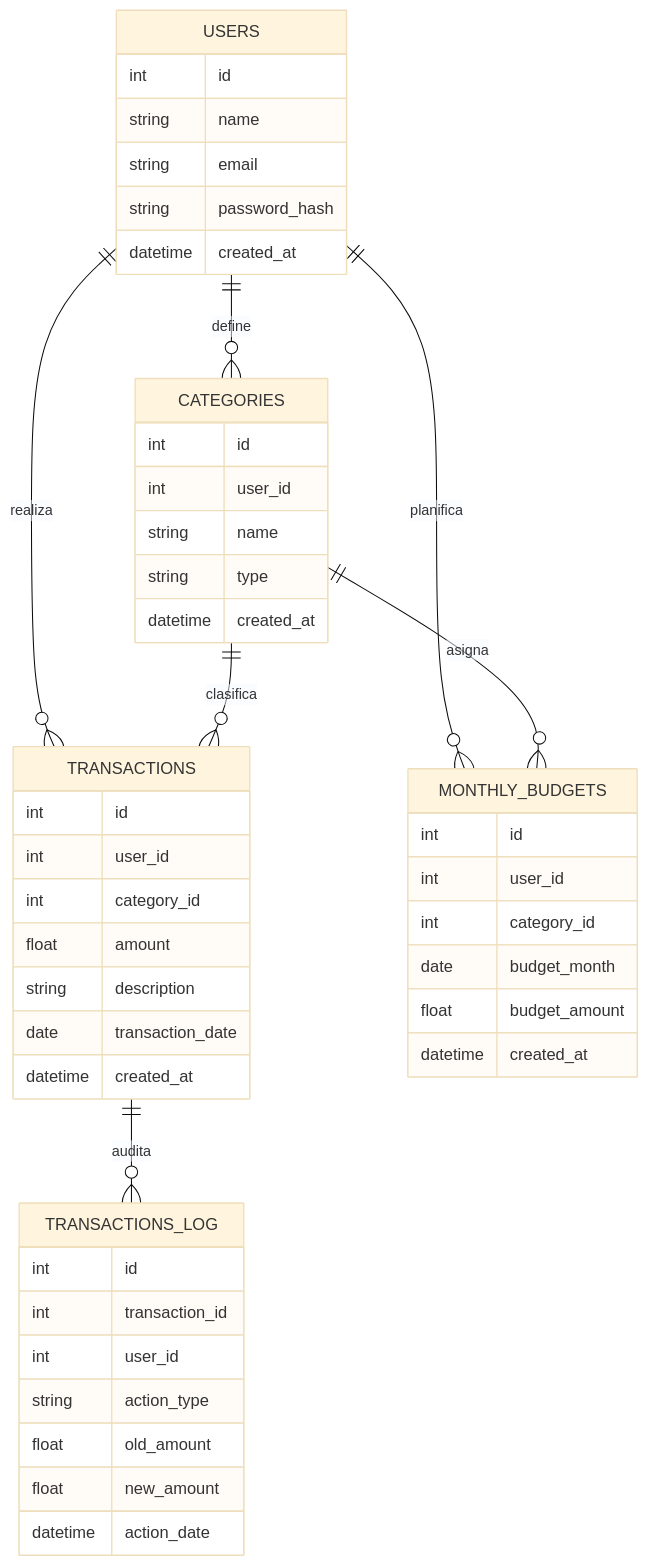
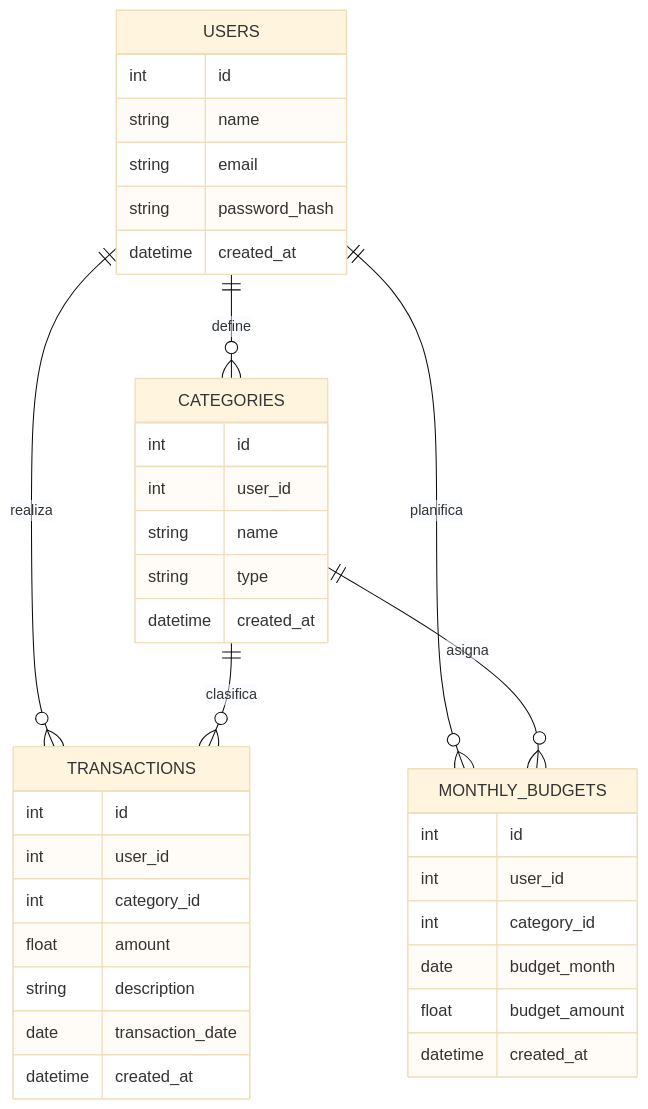
Before and after one commit to Gleyberson/budget-app-bd: the diagram in README.md, drawn with Mermaid (base theme). The commit also changed other lines of this file, not shown here.

````diff
--- a/README.md
+++ b/README.md
@@ -197,54 +211,43 @@
 ```mermaid
 erDiagram
     USERS {
         int id
         string name
         string email
         string password_hash
         datetime created_at
     }
 
     CATEGORIES {
         int id
         int user_id
         string name
         string type
         datetime created_at
     }
 
     TRANSACTIONS {
         int id
         int user_id
         int category_id
         float amount
         string description
         date transaction_date
         datetime created_at
     }
 
     MONTHLY_BUDGETS {
         int id
         int user_id
         int category_id
         date budget_month
         float budget_amount
         datetime created_at
     }
 
-    TRANSACTIONS_LOG {
-        int id
-        int transaction_id
-        int user_id
-        string action_type
-        float old_amount
-        float new_amount
-        datetime action_date
-    }
-
     USERS ||--o{ CATEGORIES : define
     USERS ||--o{ TRANSACTIONS : realiza
     USERS ||--o{ MONTHLY_BUDGETS : planifica
     CATEGORIES ||--o{ TRANSACTIONS : clasifica
     CATEGORIES ||--o{ MONTHLY_BUDGETS : asigna
-    TRANSACTIONS ||--o{ TRANSACTIONS_LOG : audita
 ```
````
